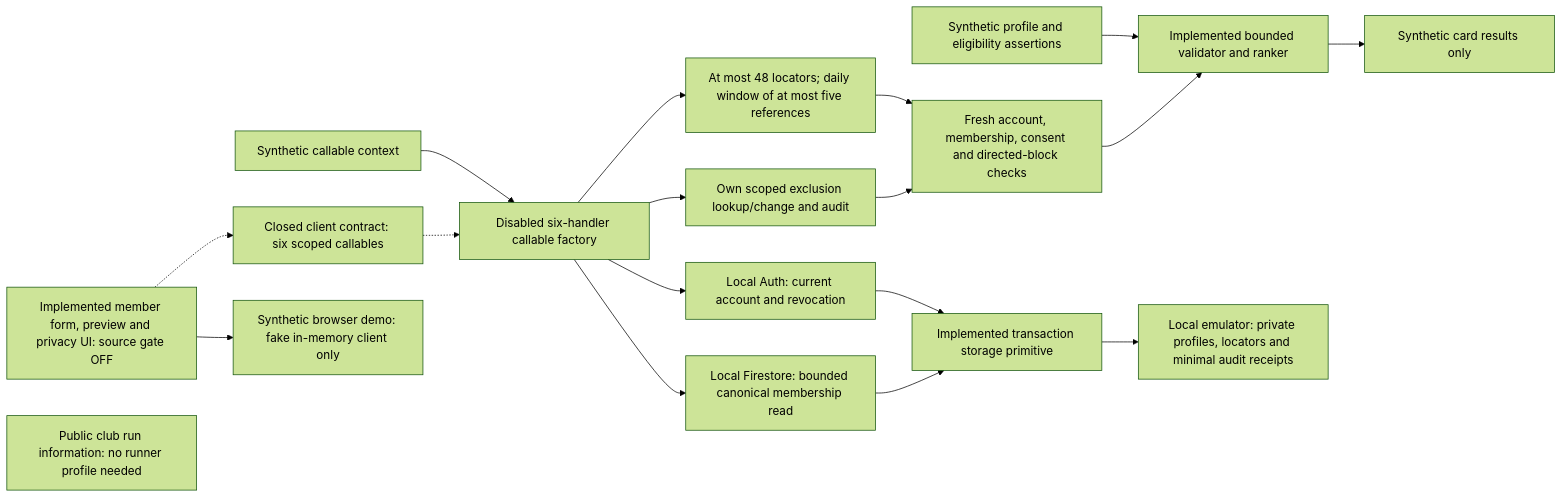
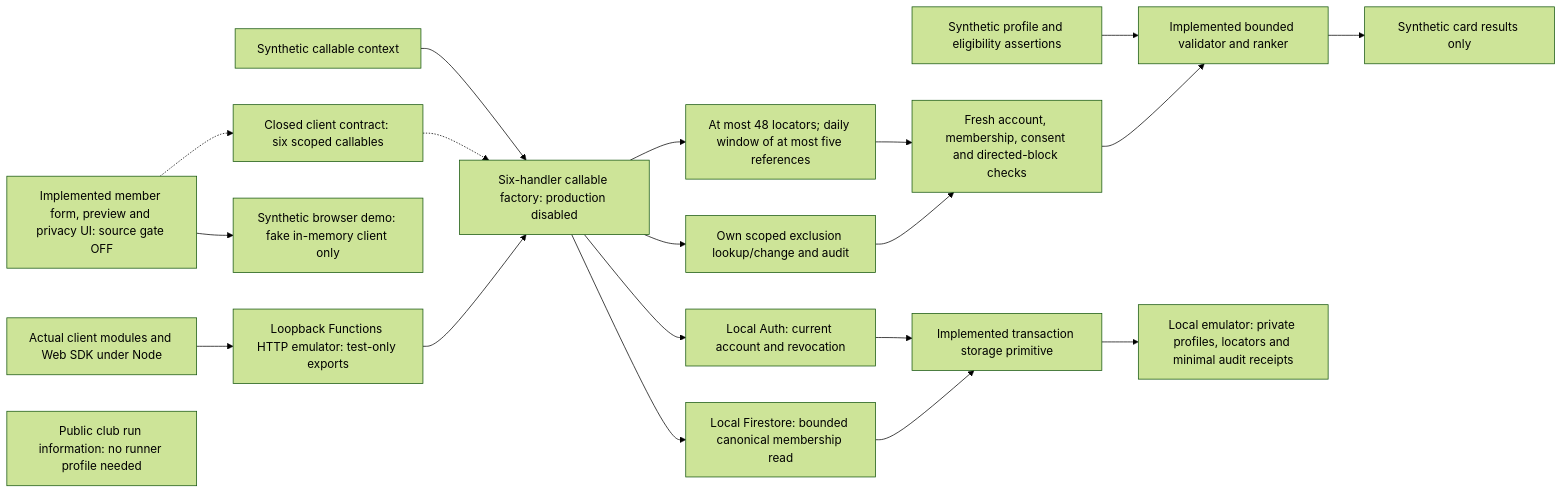
The diagram in docs/RUNNER_CONNECTIONS.md (Run-MPRC/Run-MPRC.github.io), drawn with Mermaid (forest theme) before and after one commit. The commit also changed other lines of this file and 18 other files, not shown here.

Commit message:
test: exercise runner client through isolated callable HTTP

````diff
--- a/docs/RUNNER_CONNECTIONS.md
+++ b/docs/RUNNER_CONNECTIONS.md
@@ -252,20 +253,22 @@
 ```mermaid
 flowchart LR
   Fixture["Synthetic profile and eligibility assertions"] --> Core["Implemented bounded validator and ranker"]
   Core --> Cards["Synthetic card results only"]
-  Commands["Synthetic callable context"] --> Service["Disabled six-handler callable factory"]
+  Commands["Synthetic callable context"] --> Service["Six-handler callable factory: production disabled"]
   Service --> Auth["Local Auth: current account and revocation"]
   Service --> Membership["Local Firestore: bounded canonical membership read"]
   Auth --> Store["Implemented transaction storage primitive"]
   Membership --> Store
   Store --> Private["Local emulator: private profiles, locators and minimal audit receipts"]
   Service --> Window["At most 48 locators; daily window of at most five references"]
   Window --> Recheck["Fresh account, membership, consent and directed-block checks"]
   Recheck --> Core
   Service --> Controls["Own scoped exclusion lookup/change and audit"]
   Controls --> Recheck
   UI["Implemented member form, preview and privacy UI: source gate OFF"] -.-> Client["Closed client contract: six scoped callables"]
   Client -.-> Service
   UI --> Demo["Synthetic browser demo: fake in-memory client only"]
+  HTTP["Actual client modules and Web SDK under Node"] --> Emulators["Loopback Functions HTTP emulator: test-only exports"]
+  Emulators --> Service
   Public["Public club run information: no runner profile needed"]
 ```
````
